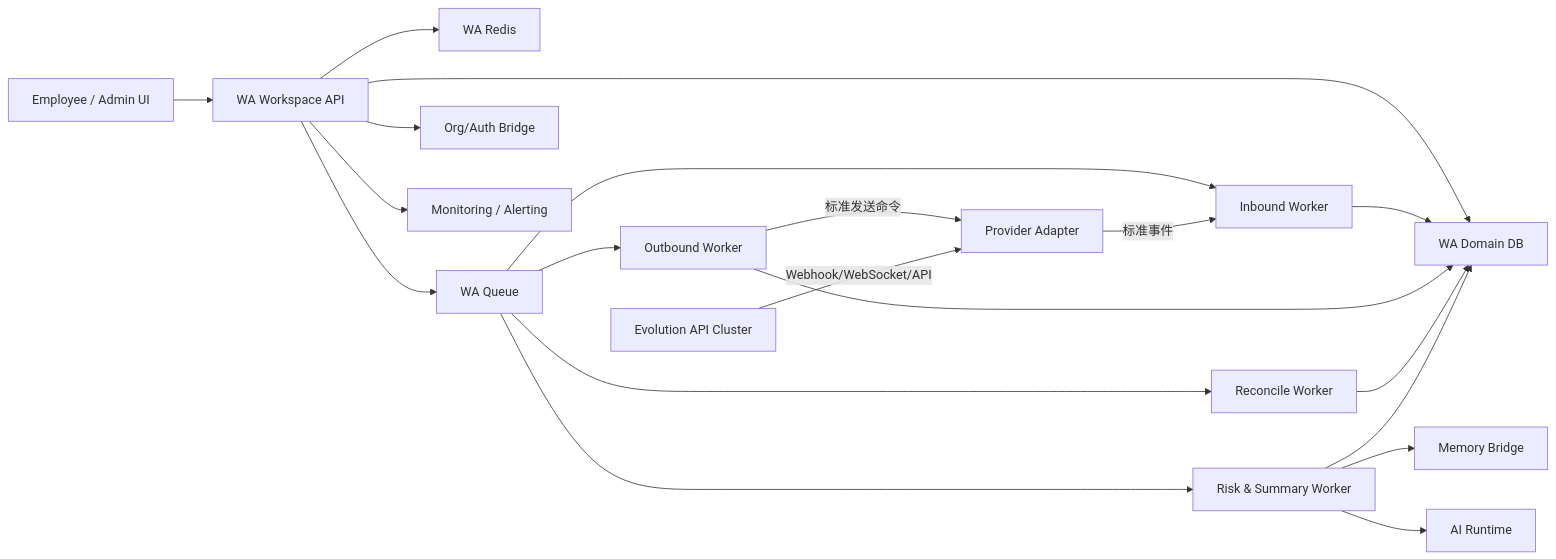
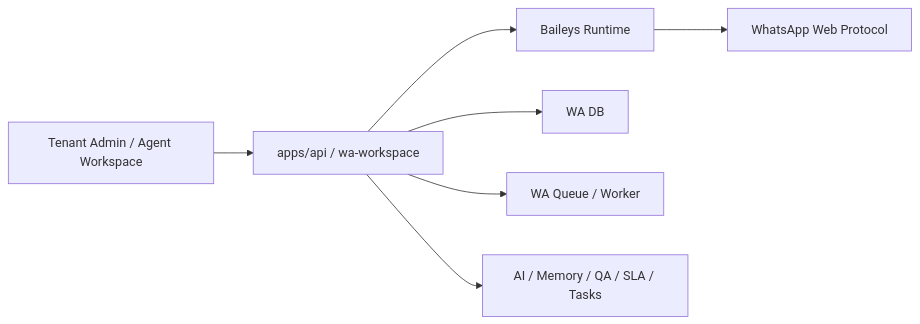
Before and after one commit to ciby9833/nuychat: the first of 5 diagrams in docs/whatsapp方案.md, drawn with Mermaid. The commit also changed other lines of this file and 46 other files, not shown here.

````diff
--- a/docs/whatsapp方案.md
+++ b/docs/whatsapp方案.md
@@ -224,22 +33,9 @@
 ```mermaid
 flowchart LR
-    A["Employee / Admin UI"] --> B["WA Workspace API"]
-    B --> C["WA Domain DB"]
-    B --> D["WA Redis"]
-    B --> E["WA Queue"]
-    E --> F["Inbound Worker"]
-    E --> G["Outbound Worker"]
-    E --> H["Reconcile Worker"]
-    E --> I["Risk & Summary Worker"]
-    F --> C
-    G --> C
-    H --> C
-    I --> C
-    J["Provider Adapter"] -->|标准事件| F
-    G -->|标准发送命令| J
-    P["Evolution API Cluster"] -->|Webhook/WebSocket/API| J
-    B --> K["Org/Auth Bridge"]
-    I --> L["Memory Bridge"]
-    I --> M["AI Runtime"]
-    B --> N["Monitoring / Alerting"]
+    A["Tenant Admin / Agent Workspace"] --> B["apps/api / wa-workspace"]
+    B --> C["Baileys Runtime"]
+    C --> D["WhatsApp Web Protocol"]
+    B --> E["WA DB"]
+    B --> F["WA Queue / Worker"]
+    B --> G["AI / Memory / QA / SLA / Tasks"]
 ```
````
